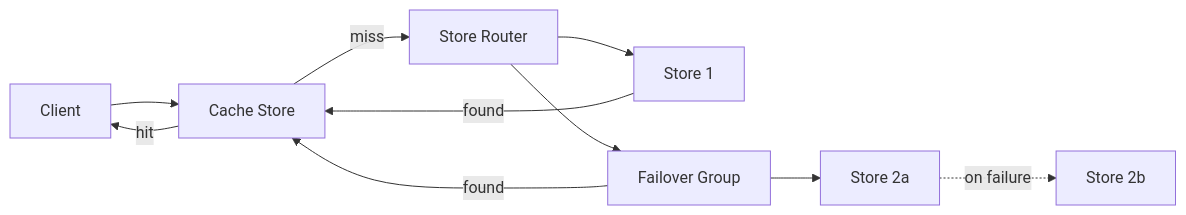
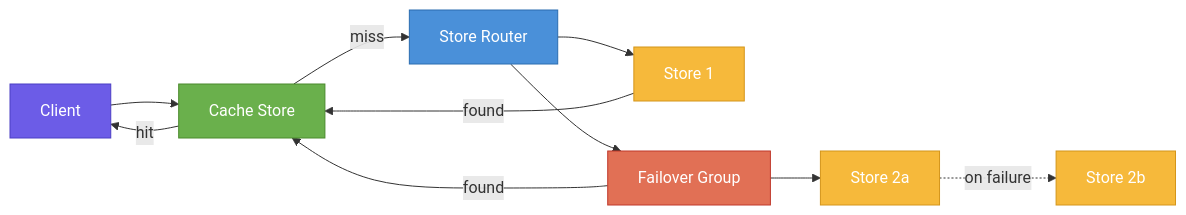
One commit to folbricht/desync changed the second of 2 diagrams in README.md. Above: the diagram before and after it, drawn with Mermaid. The commit also changed other lines of this file, not shown here.

Commit message:
Add color styling to mermaid diagrams
Color-code nodes by role:
- Seeds diagram: blue (external seeds), green (built-in seeds),
  orange (chunk store fallback), yellow (result file)
- Store diagram: purple (client), green (cache), blue (router),
  yellow (stores), red (failover group)

````diff
--- a/README.md
+++ b/README.md
@@ -176,20 +183,28 @@
 ```mermaid
 graph LR
     Client["Client"]
     Cache["Cache Store"]
     Router["Store Router"]
     S1["Store 1"]
     FG["Failover Group"]
     S2a["Store 2a"]
     S2b["Store 2b"]
 
     Client --> Cache
     Cache -- "miss" --> Router
     Cache -- "hit" --> Client
     Router --> S1
     Router --> FG
     FG --> S2a
     S2a -. "on failure" .-> S2b
     S1 -- "found" --> Cache
     FG -- "found" --> Cache
+
+    style Client fill:#6c5ce7,stroke:#4b3ec4,color:#fff
+    style Cache fill:#6ab04c,stroke:#4a8a2c,color:#fff
+    style Router fill:#4a90d9,stroke:#2a6cb0,color:#fff
+    style S1 fill:#f6b93b,stroke:#d4951a,color:#fff
+    style FG fill:#e17055,stroke:#c0392b,color:#fff
+    style S2a fill:#f6b93b,stroke:#d4951a,color:#fff
+    style S2b fill:#f6b93b,stroke:#d4951a,color:#fff
 ```
````
